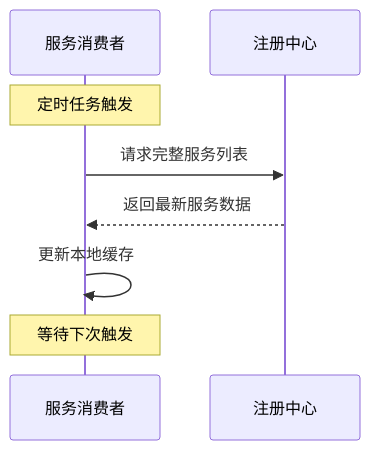
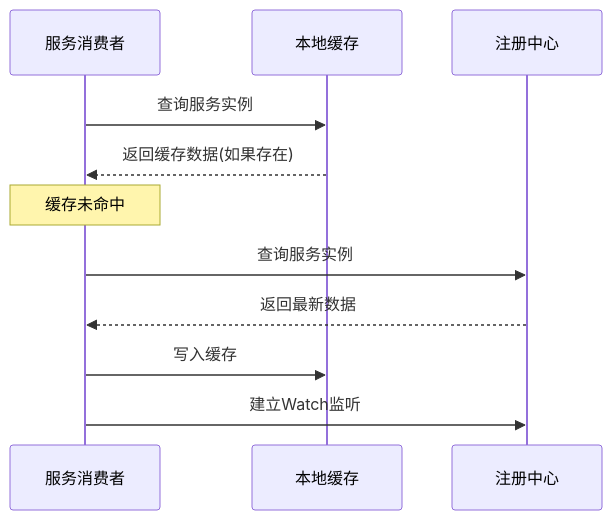
The second of 9 diagrams in doc/服务注册信息缓存更新与一致性保障.md (2042159221/learn-RPC), drawn with Mermaid before and after one commit. The commit also changed other lines of this file and 30 other files, not shown here.

````diff
--- a/doc/服务注册信息缓存更新与一致性保障.md
+++ b/doc/服务注册信息缓存更新与一致性保障.md
@@ -19,11 +86,15 @@
 ```mermaid
 sequenceDiagram
-    participant C as 服务消费者
-    participant R as 注册中心
-    
-    Note over C: 定时任务触发
-    C->>R: 请求完整服务列表
-    R-->>C: 返回最新服务数据
-    C->>C: 更新本地缓存
-    Note over C: 等待下次触发
+    participant Consumer as 服务消费者
+    participant Cache as 本地缓存
+    participant Registry as 注册中心
+
+    Consumer->>Cache: 查询服务实例
+    Cache-->>Consumer: 返回缓存数据(如果存在)
+
+    Note over Consumer: 缓存未命中
+    Consumer->>Registry: 查询服务实例
+    Registry-->>Consumer: 返回最新数据
+    Consumer->>Cache: 写入缓存
+    Consumer->>Registry: 建立Watch监听
 ```
````
